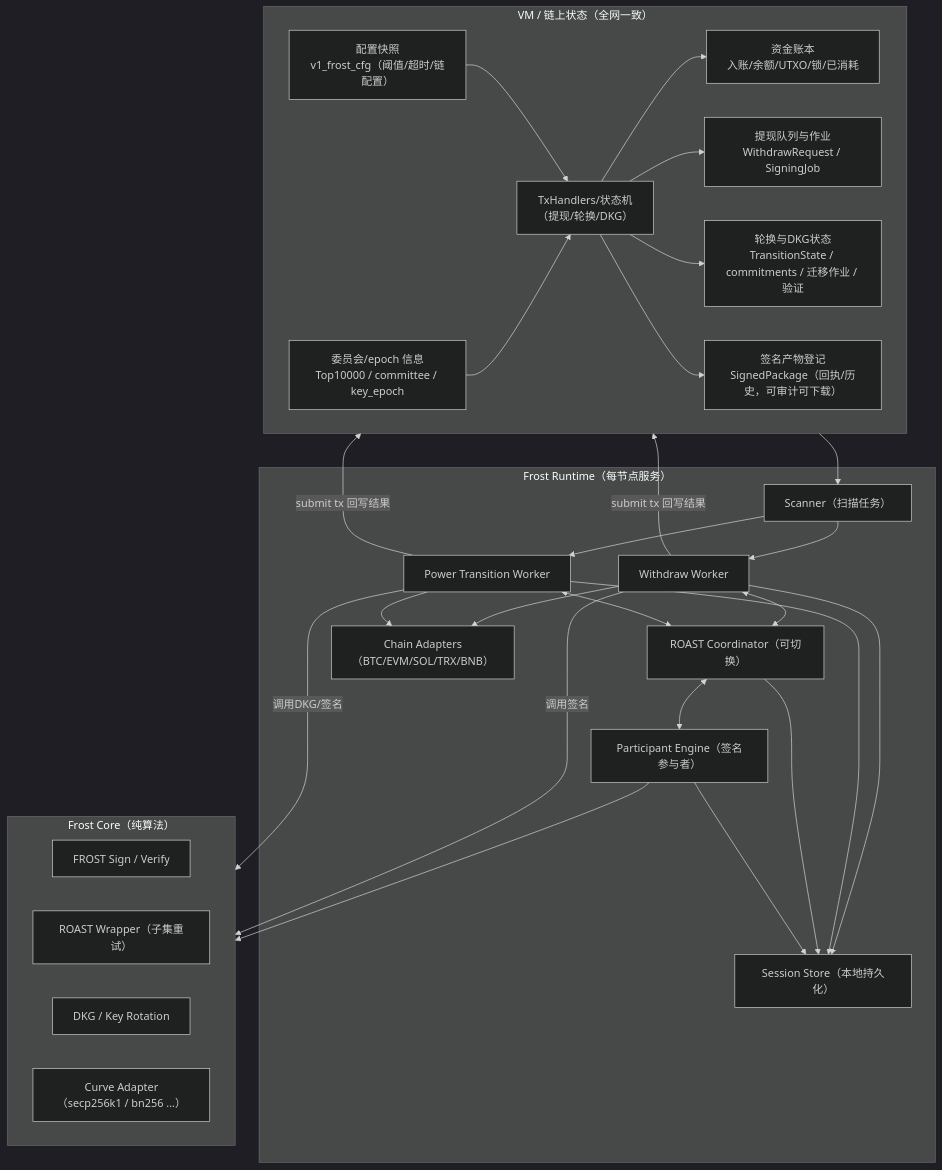
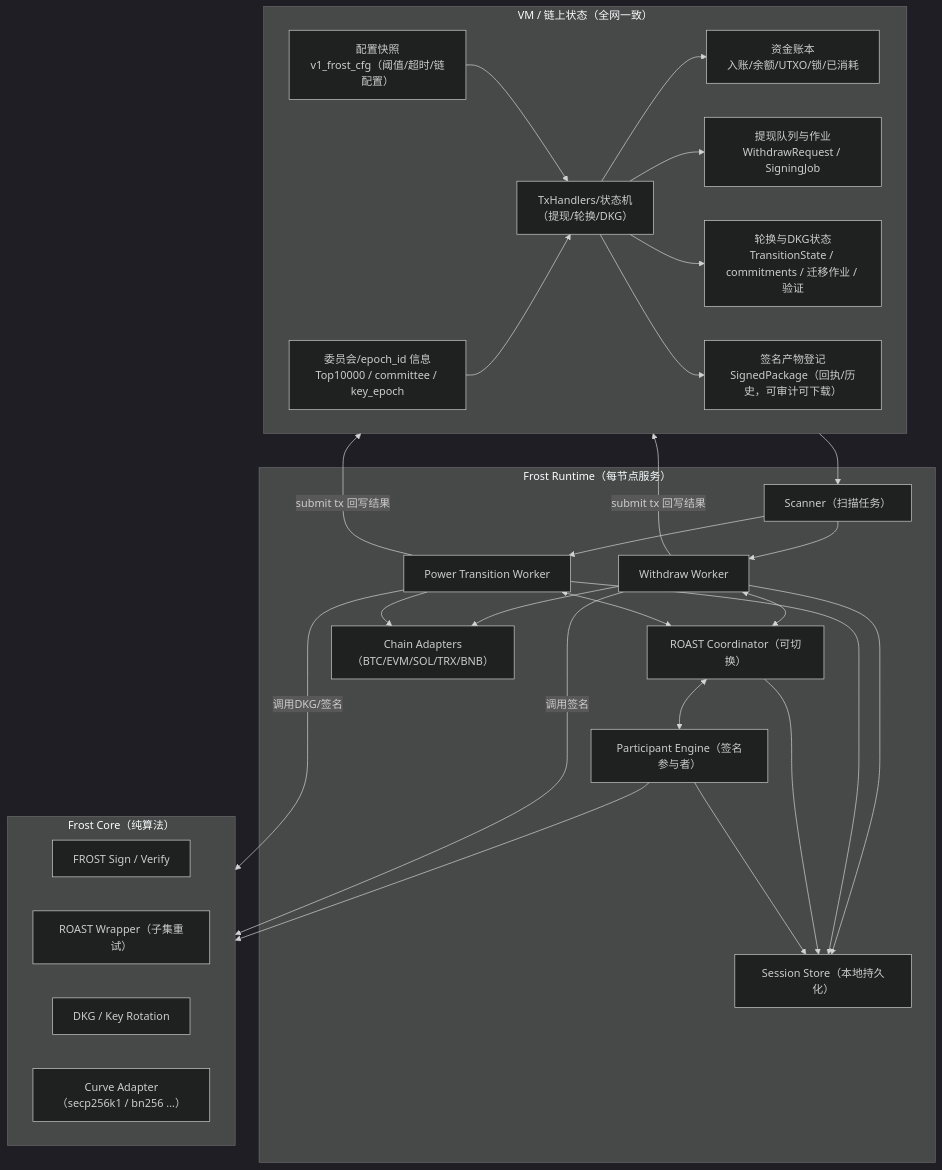
The first of 8 diagrams in frost/design_v2_job.md (davidLeeeeeeeeeeee/dex), drawn with Mermaid (dark theme) before and after one commit. The commit also changed other lines of this file and 1 other file, not shown here.

````diff
--- a/frost/design_v2_job.md
+++ b/frost/design_v2_job.md
@@ -64,58 +65,58 @@
 ```mermaid
 flowchart TB
   subgraph VM["VM / 链上状态（全网一致）"]
     VCFG["配置快照\nv1_frost_cfg（阈值/超时/链配置）"]
-    VSET["委员会/epoch 信息\nTop10000 / committee / key_epoch"]
+    VSET["委员会/epoch_id 信息\nTop10000 / committee / key_epoch"]
     VTX["TxHandlers/状态机\n（提现/轮换/DKG）"]
     VFL["资金账本\n入账/余额/UTXO/锁/已消耗"]
     VWD["提现队列与作业\nWithdrawRequest / SigningJob"]
     VTR["轮换与DKG状态\nTransitionState / commitments / 迁移作业 / 验证"]
     VRH["签名产物登记\nSignedPackage（回执/历史，可审计可下载）"]
 
     VCFG --> VTX
     VSET --> VTX
     VTX --> VFL
     VTX --> VWD
     VTX --> VTR
     VTX --> VRH
   end
 
   subgraph RT["Frost Runtime（每节点服务）"]
     SC["Scanner（扫描任务）"]
     WM["Withdraw Worker"]
     TM["Power Transition Worker"]
     SS["Session Store（本地持久化）"]
     RO["ROAST Coordinator（可切换）"]
     PA["Participant Engine（签名参与者）"]
     CA["Chain Adapters（BTC/EVM/SOL/TRX/BNB）"]
   end
 
   subgraph CORE["Frost Core（纯算法）"]
     FROST["FROST Sign / Verify"]
     ROAST["ROAST Wrapper（子集重试）"]
     DKG["DKG / Key Rotation"]
     CURVE["Curve Adapter（secp256k1 / bn256 ...）"]
   end
 
   VM --> SC
   SC --> WM
   SC --> TM
 
   WM <--> RO
   TM <--> RO
   RO <--> PA
   PA --> CORE
   WM --> CA
   TM --> CA
 
   WM -->|"调用签名"| CORE
   TM -->|"调用DKG/签名"| CORE
 
   WM -->|"submit tx 回写结果"| VM
   TM -->|"submit tx 回写结果"| VM
 
   WM --> SS
   TM --> SS
   RO --> SS
   PA --> SS
 ```
````
